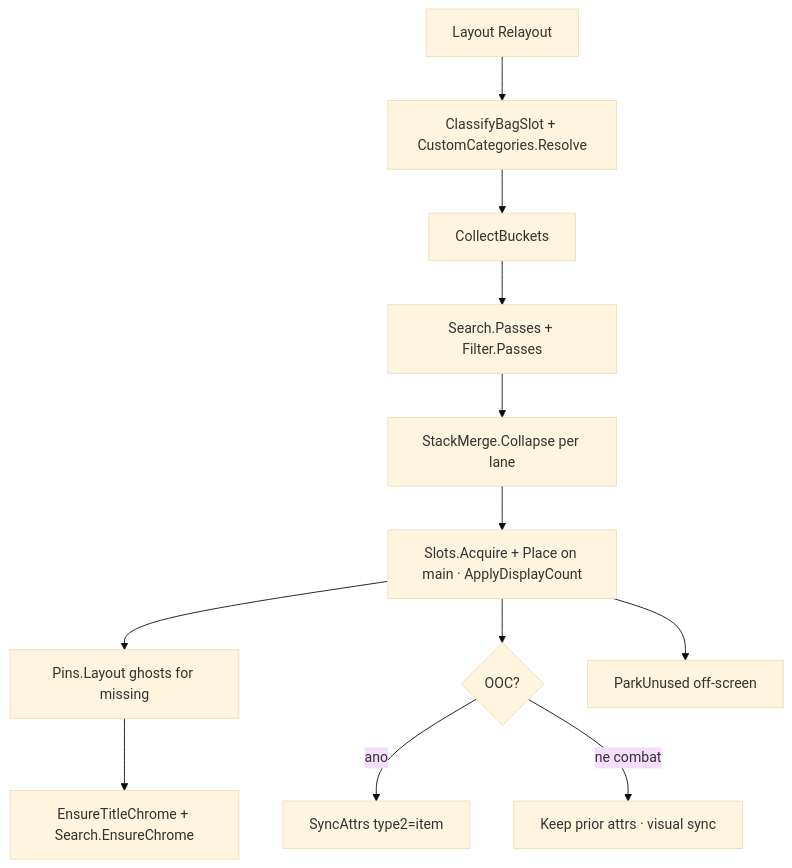
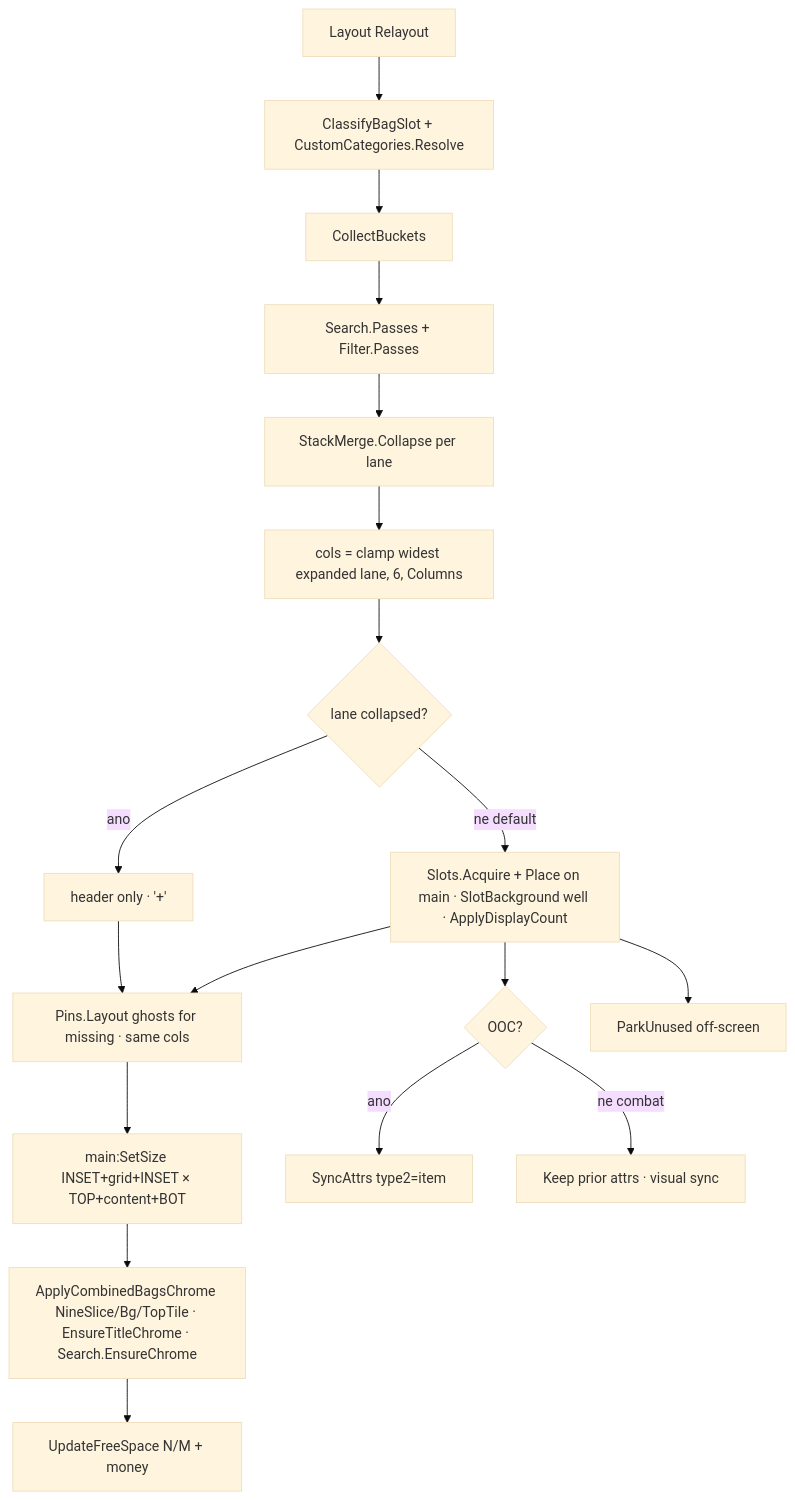
One commit to sirTurbisCZ/wow-forever-addons changed the second of 5 diagrams in addons/BetterBackpack/Docs/loops.md. Above: the diagram before and after it, drawn with Mermaid (base theme). The commit also changed other lines of this file and 6 other files, not shown here.

First line of the commit message:
BetterBackpack 0.5.6: fix empty lanes, default-expanded cats, hug width

````diff
--- a/addons/BetterBackpack/Docs/loops.md
+++ b/addons/BetterBackpack/Docs/loops.md
@@ -50,15 +52,21 @@
 ```mermaid
 flowchart TD
   L[Layout Relayout]
   L --> Class[ClassifyBagSlot + CustomCategories.Resolve]
   Class --> Buckets[CollectBuckets]
   Buckets --> SF[Search.Passes + Filter.Passes]
   SF --> Merge[StackMerge.Collapse per lane]
-  Merge --> Place[Slots.Acquire + Place on main · ApplyDisplayCount]
-  Place --> Pins[Pins.Layout ghosts for missing]
-  Pins --> Chrome[EnsureTitleChrome + Search.EnsureChrome]
+  Merge --> Hug[cols = clamp widest expanded lane, 6, Columns]
+  Hug --> Col{lane collapsed?}
+  Col -->|ano| Hdr[header only · '+']
+  Col -->|ne default| Place[Slots.Acquire + Place on main · SlotBackground well · ApplyDisplayCount]
+  Hdr --> Pins
+  Place --> Pins[Pins.Layout ghosts for missing · same cols]
+  Pins --> Size[main:SetSize INSET+grid+INSET × TOP+content+BOT]
+  Size --> Chrome[ApplyCombinedBagsChrome NineSlice/Bg/TopTile · EnsureTitleChrome · Search.EnsureChrome]
+  Chrome --> Foot[UpdateFreeSpace N/M + money]
   Place --> Attrs{OOC?}
   Attrs -->|ano| Sync[SyncAttrs type2=item]
   Attrs -->|ne combat| Keep[Keep prior attrs · visual sync]
   Place --> Unused[ParkUnused off-screen]
 ```
````
